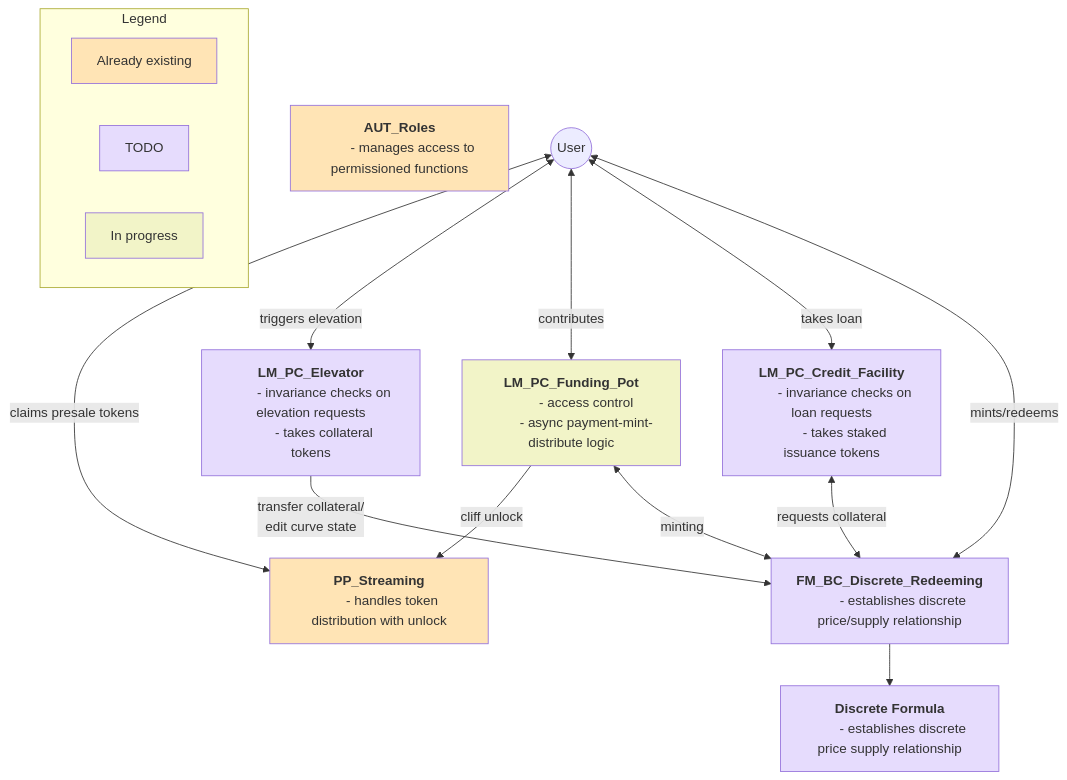
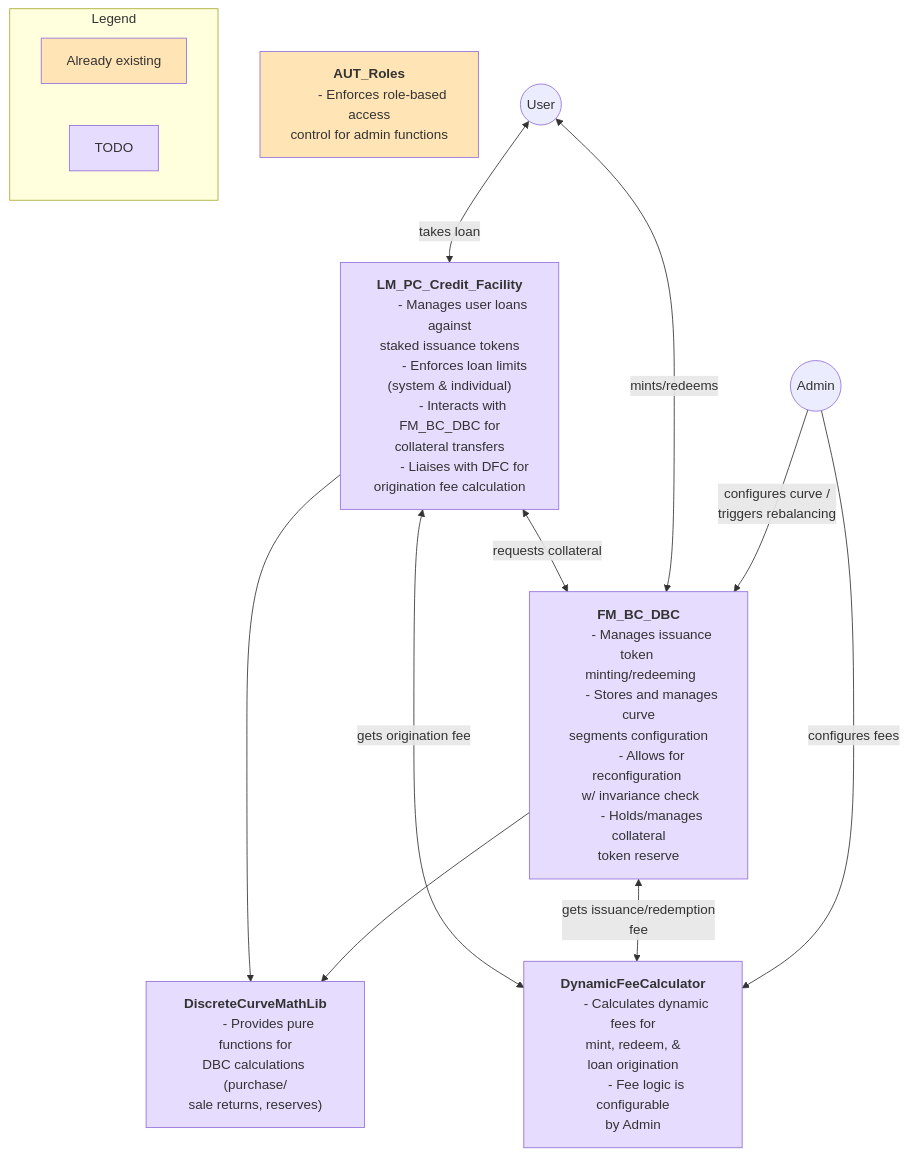
Before and after one commit to InverterNetwork/contracts: the first of 7 diagrams in Specs.md, drawn with Mermaid. The commit also changed other lines of this file, not shown here.

Commit message:
specs: main workflow context diagram

````diff
--- a/Specs.md
+++ b/Specs.md
@@ -30,80 +30,71 @@
 ```mermaid
 %%{init: {'flowchart': {'curve': 'basis', 'width': 1200, 'nodeSpacing': 50, 'rankSpacing': 50}} }%%
 flowchart TD
     %% Node Definitions
     %% ---------------
     %% Core Modules
-    FM["
-        <strong>FM_BC_Discrete_Redeeming</strong>
-        - establishes discrete price/supply relationship"]
+    FM_BC_DBC["
+        <strong>FM_BC_DBC</strong>
+        - Manages issuance token <br> minting/redeeming
+        - Stores and manages curve<br>segments configuration
+        - Allows for reconfiguration <br> w/ invariance check
+        - Holds/manages collateral<br>token reserve"]
 
     AUT["
         <strong>AUT_Roles</strong>
-        - manages access to permissioned functions"]
-
-    PP["
-        <strong>PP_Streaming</strong>
-        - handles token distribution with unlock"]
+        - Enforces role-based access<br>control for admin functions"]
 
     %% Logic Modules
-    LM_PC_FP["
-        <strong>LM_PC_Funding_Pot</strong>
-        - access control
-        - async payment-mint-distribute logic"]
-
     LM_PC_CF["
         <strong>LM_PC_Credit_Facility</strong>
-        - invariance checks on loan requests
-        - takes staked issuance tokens"]
-
-    LM_PC_EL["
-        <strong>LM_PC_Elevator</strong>
-        - invariance checks on elevation requests
-        - takes collateral tokens"]
+        - Manages user loans against<br>staked issuance tokens
+        - Enforces loan limits<br>(system & individual)
+        - Interacts with FM_BC_DBC for<br>collateral transfers
+        - Liaises with DFC for<br>origination fee calculation"]
 
     %% Auxiliary
-    AUX_1["
-        <strong>Discrete Formula</strong>
-        - establishes discrete price supply relationship"]
+    DCML["
+        <strong>DiscreteCurveMathLib</strong>
+        - Provides pure functions for<br>DBC calculations (purchase/<br>sale returns, reserves)"]
 
+    DFC["
+        <strong>DynamicFeeCalculator</strong>
+        - Calculates dynamic fees for<br>mint, redeem, &<br>loan origination
+        - Fee logic is configurable<br>by Admin"]
 
 
     %% Actors
     User(("User"))
+    Admin(("Admin"))
 
     %% Legend Definition
     %% ----------------
     subgraph Legend
         direction LR
         Existing["Already existing"]
         Todo["TODO"]
-        Prog["In progress"]
     end
 
     %% Styling
     %% -------
     classDef ex fill:#FFE4B5
     classDef todo fill:#E6DCFD
-    classDef prog fill:#F2F4C8
-    class Existing,AUT,PP ex
-    class Todo,FM,LM_PC_FP,LM_PC_CF,LM_PC_EL,AUX_1 todo
-    class Prog,LM_PC_FP prog
+    class Existing,AUT ex
+    class Todo,FM_BC_DBC,LM_PC_CF,DCML,DFC todo
 
     %% Relationships
     %% ------------
     %% User Actions
-    User <--> |claims presale tokens| PP
-    User <--> |triggers elevation| LM_PC_EL
-    User <--> |contributes| LM_PC_FP
     User <--> |takes loan| LM_PC_CF
-    User <--> |mints/redeems| FM
+    Admin --> |configures curve /<br>triggers rebalancing| FM_BC_DBC
+    User <--> |mints/redeems| FM_BC_DBC
+    Admin --> |configures fees| DFC
 
     %% Module Interactions
+    FM_BC_DBC --> DCML
+    LM_PC_CF --> DCML
+    LM_PC_CF <--> |requests collateral| FM_BC_DBC
 
-
-    FM --> AUX_1
-    LM_PC_FP --> |cliff unlock| PP
-    LM_PC_FP <--> |minting| FM
-    LM_PC_CF <--> |requests collateral| FM
-    LM_PC_EL --> |transfer collateral/<br>edit curve state| FM
+    FM_BC_DBC <--> |gets issuance/redemption<br>fee| DFC
+    LM_PC_CF <--> |gets origination fee| DFC
 ```
````
